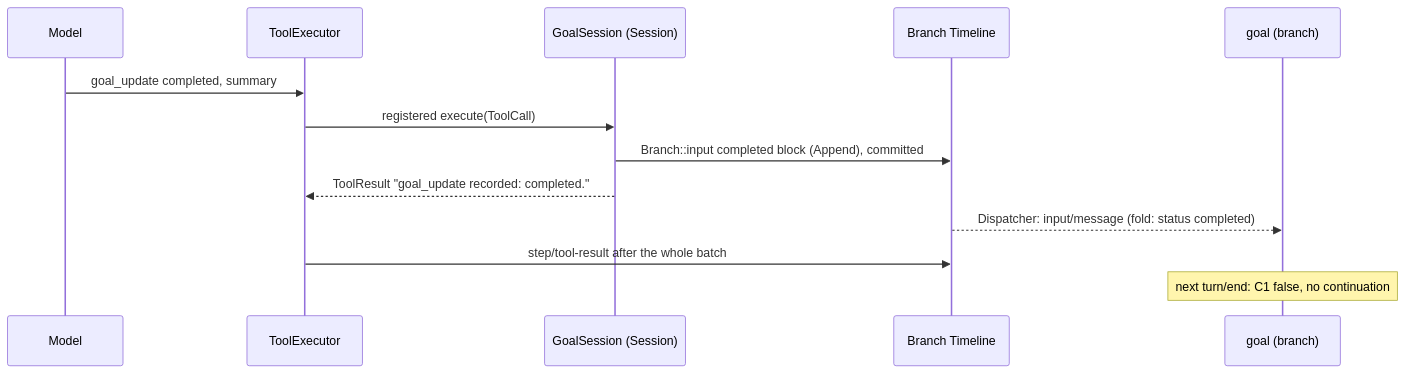
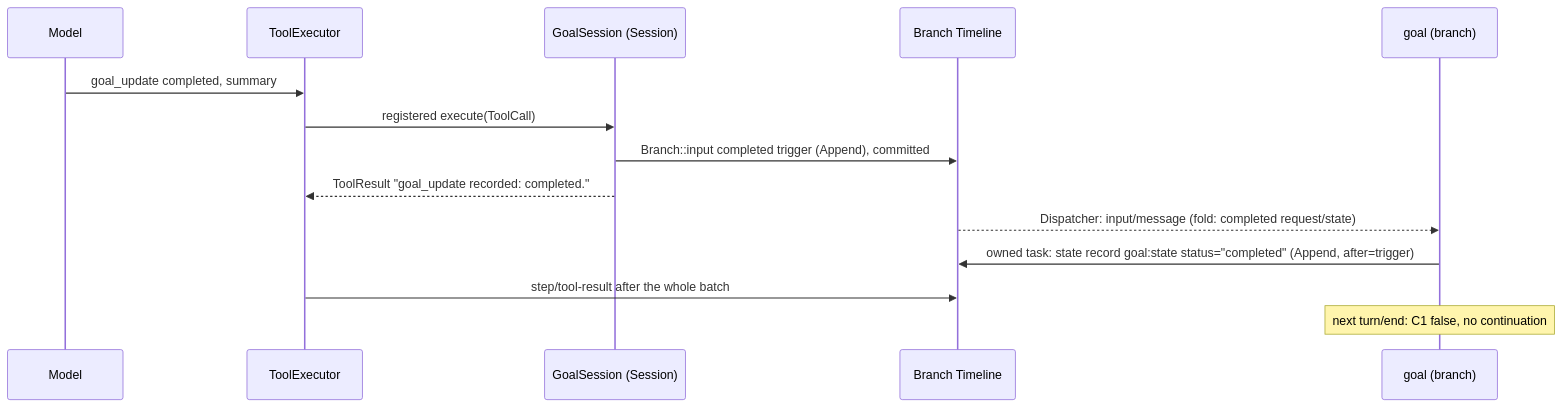
Before and after one commit to CoutinhoTTS/dim-agent: the fourth of 7 diagrams in docs/design/plugins/Goal.md, drawn with Mermaid. The commit also changed other lines of this file and 23 other files, not shown here.

````diff
--- a/docs/design/plugins/Goal.md
+++ b/docs/design/plugins/Goal.md
@@ -135,15 +143,16 @@
 ```mermaid
 sequenceDiagram
   participant Model
   participant TE as ToolExecutor
   participant GS as GoalSession (Session)
   participant TL as Branch Timeline
   participant G as goal (branch)
   Model->>TE: goal_update completed, summary
   TE->>GS: registered execute(ToolCall)
-  GS->>TL: Branch::input completed block (Append), committed
+  GS->>TL: Branch::input completed trigger (Append), committed
   GS-->>TE: ToolResult "goal_update recorded: completed."
-  TL-->>G: Dispatcher: input/message (fold: status completed)
+  TL-->>G: Dispatcher: input/message (fold: completed request/state)
+  G->>TL: owned task: state record goal:state status="completed" (Append, after=trigger)
   TE->>TL: step/tool-result after the whole batch
   Note over G: next turn/end: C1 false, no continuation
 ```
````
